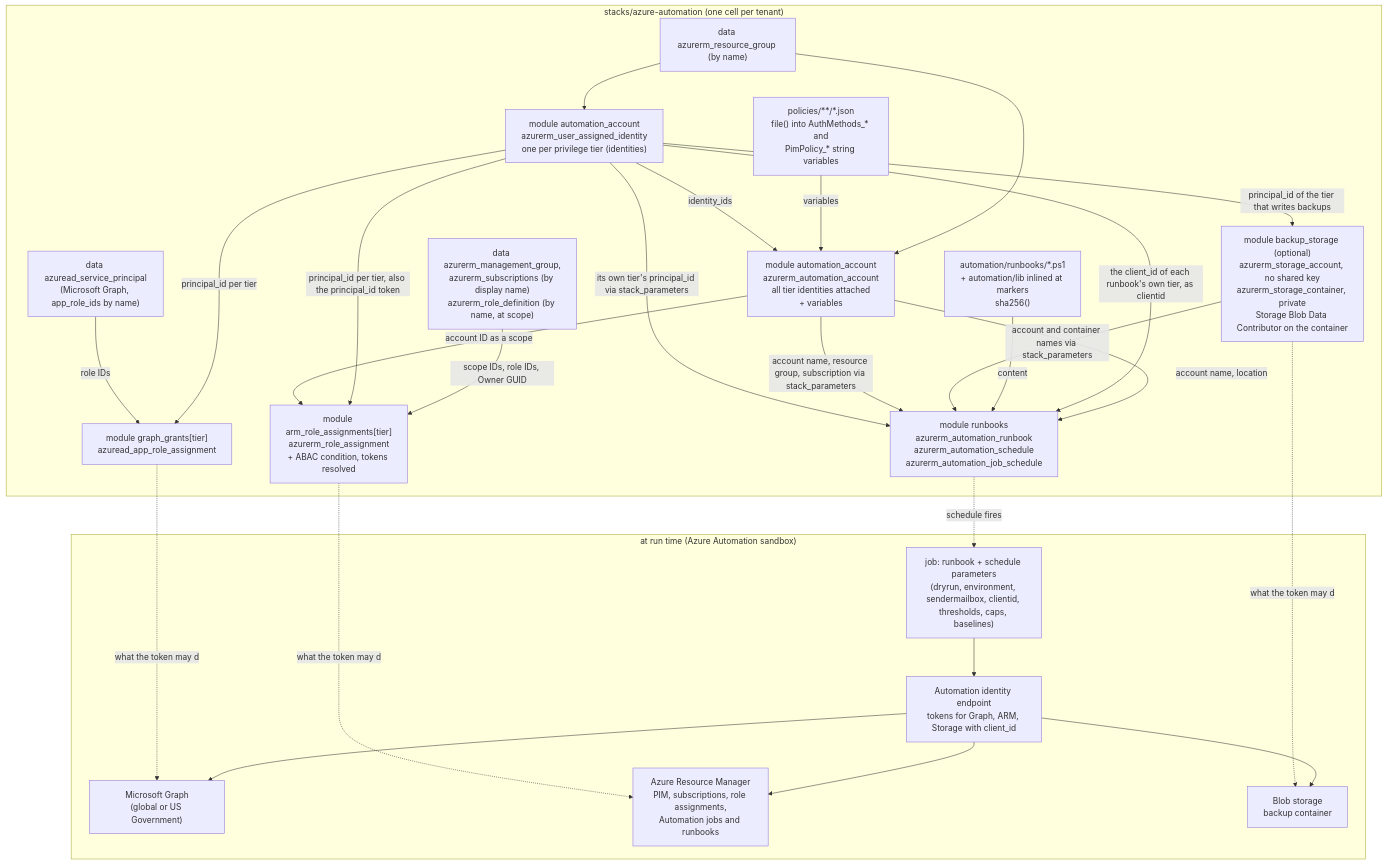
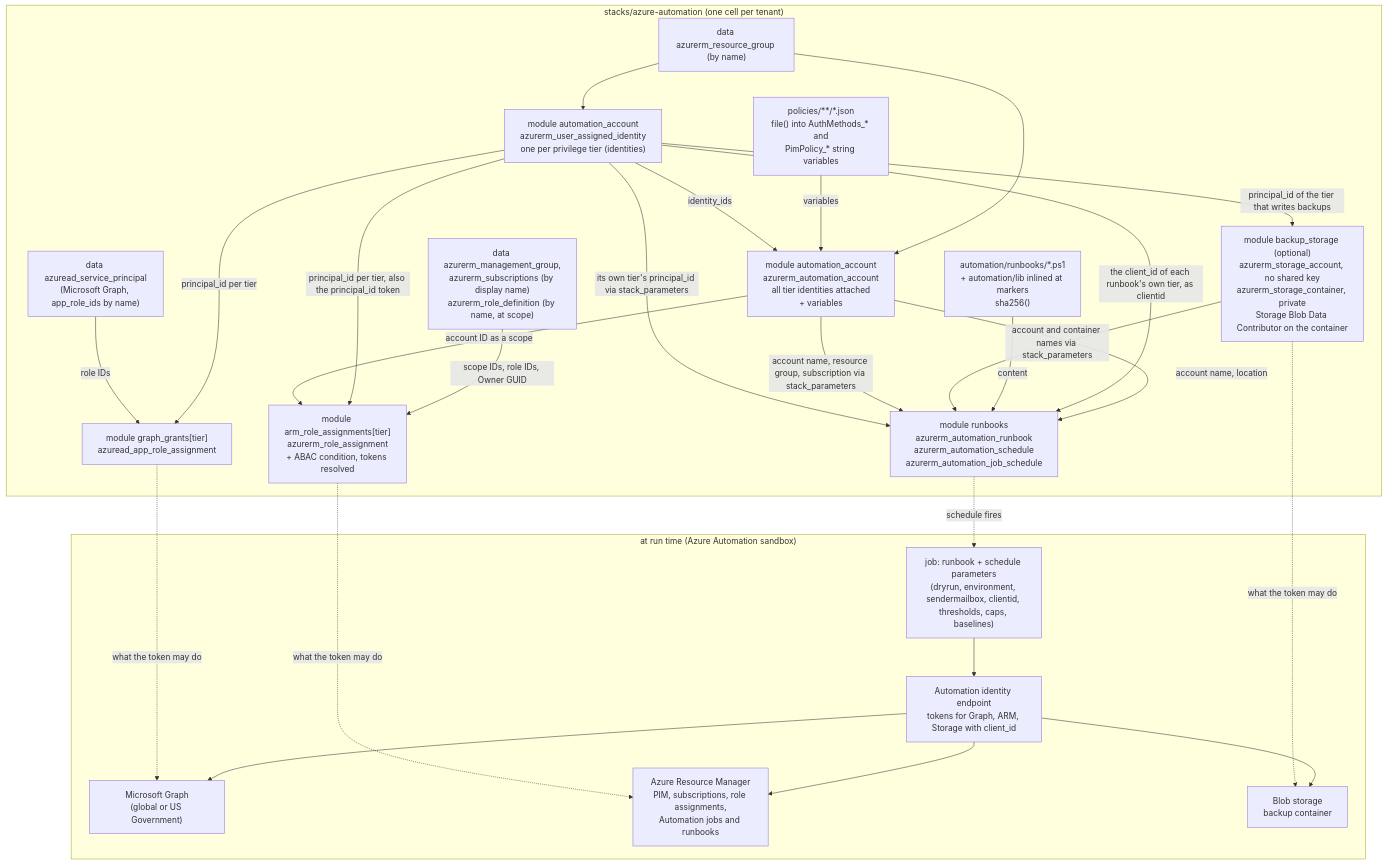
The fourth of 8 diagrams in docs/architecture.md (AdamFields1/identity-as-code), drawn with Mermaid before and after one commit. The commit also changed other lines of this file, not shown here.

First line of the commit message:
Fix the layers diagram: label dotted edges in the pipe form

````diff
--- a/docs/architecture.md
+++ b/docs/architecture.md
@@ -396,49 +396,49 @@
 ```mermaid
 flowchart TB
   subgraph auto["stacks/azure-automation (one cell per tenant)"]
     RG["data azurerm_resource_group (by name)"]
     UAI["module automation_account\nazurerm_user_assigned_identity\none per privilege tier (identities)"]
     AA["module automation_account\nazurerm_automation_account\nall tier identities attached\n+ variables"]
     FILES["automation/runbooks/*.ps1\n+ automation/lib inlined at markers\nsha256()"]
     DS["policies/**/*.json\nfile() into AuthMethods_* and\nPimPolicy_* string variables"]
     RBK["module runbooks\nazurerm_automation_runbook\nazurerm_automation_schedule\nazurerm_automation_job_schedule"]
     GSP["data azuread_service_principal\n(Microsoft Graph, app_role_ids by name)"]
     GRANT["module graph_grants[tier]\nazuread_app_role_assignment"]
     BST["module backup_storage (optional)\nazurerm_storage_account, no shared key\nazurerm_storage_container, private\nStorage Blob Data Contributor on the container"]
     SCN["data azurerm_management_group,\nazurerm_subscriptions (by display name)\nazurerm_role_definition (by name, at scope)"]
     RAS["module arm_role_assignments[tier]\nazurerm_role_assignment\n+ ABAC condition, tokens resolved"]
     RG --> UAI
     RG --> AA
     DS -->|variables| AA
     UAI -->|identity_ids| AA
     AA -->|account name, location| RBK
     UAI -->|the client_id of each runbook's own tier, as clientid| RBK
     FILES -->|content| RBK
     UAI -->|principal_id per tier| GRANT
     GSP -->|role IDs| GRANT
     UAI -->|principal_id of the tier that writes backups| BST
     BST -->|account and container names via stack_parameters| RBK
     AA -->|account name, resource group, subscription via stack_parameters| RBK
     UAI -->|its own tier's principal_id via stack_parameters| RBK
     SCN -->|scope IDs, role IDs, Owner GUID| RAS
     UAI -->|principal_id per tier, also the principal_id token| RAS
     AA -->|account ID as a scope| RAS
   end
 
   subgraph run["at run time (Azure Automation sandbox)"]
     JOB["job: runbook + schedule parameters\n(dryrun, environment, sendermailbox, clientid, thresholds, caps, baselines)"]
     IDE["Automation identity endpoint\ntokens for Graph, ARM, Storage with client_id"]
     GRAPH["Microsoft Graph\n(global or US Government)"]
     ARM["Azure Resource Manager\nPIM, subscriptions, role assignments,\nAutomation jobs and runbooks"]
     BLOB["Blob storage\nbackup container"]
     JOB --> IDE
     IDE --> GRAPH
     IDE --> ARM
     IDE --> BLOB
   end
 
-  RBK -.schedule fires.-> JOB
-  GRANT -.what the token may do.-> GRAPH
-  RAS -.what the token may do.-> ARM
-  BST -.what the token may do.-> BLOB
+  RBK -.->|schedule fires| JOB
+  GRANT -.->|what the token may do| GRAPH
+  RAS -.->|what the token may do| ARM
+  BST -.->|what the token may do| BLOB
 ```
````
